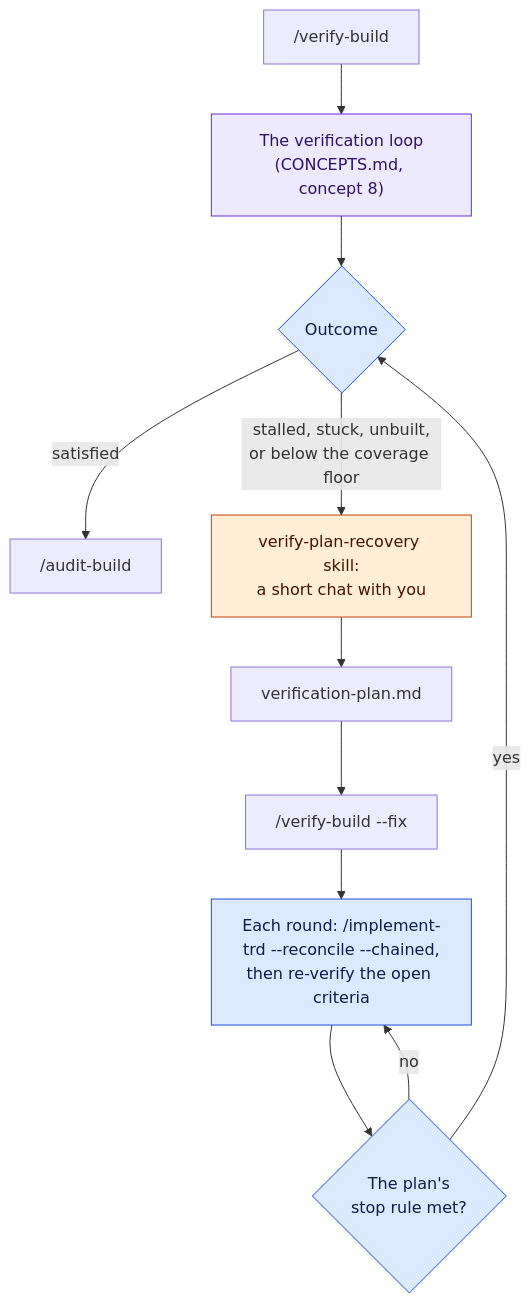
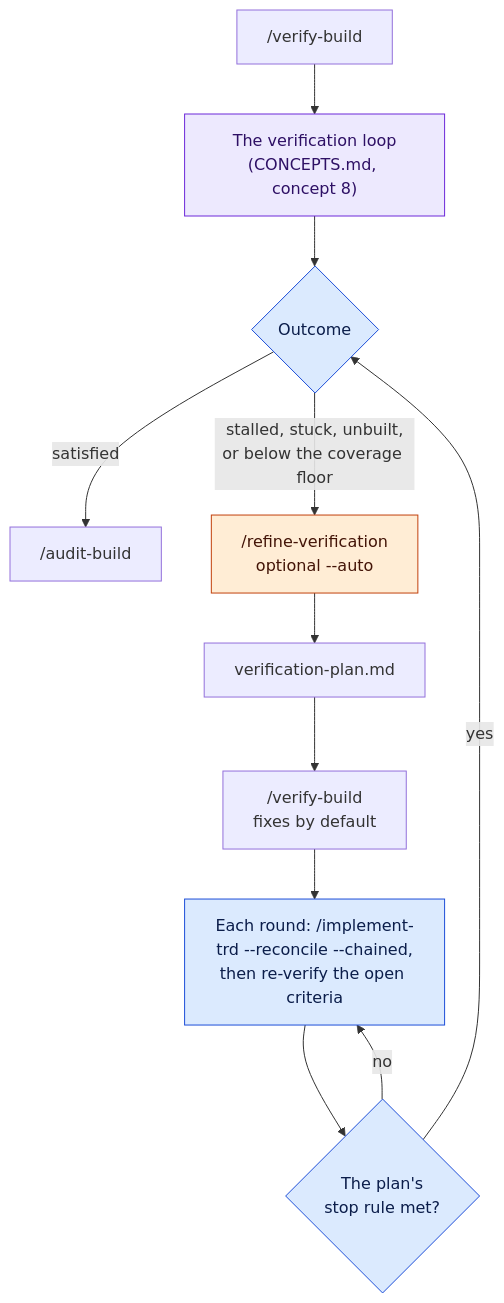
Before and after one commit to FortiumPartners/ensemble-vnext: the ninth of 12 diagrams in docs/guides/PROCESS.md, drawn with Mermaid. The commit also changed other lines of this file and 44 other files, not shown here.

First line of the commit message:
chore(phase 1): checkpoint — /refine-verification replaces verify-plan-recovery; /verify-build fixes by default (battery green; verify-app: one over-strict criterion, amended)

````diff
--- a/docs/guides/PROCESS.md
+++ b/docs/guides/PROCESS.md
@@ -270,12 +272,12 @@
 ```mermaid
 flowchart TD
     vb["/verify-build"] --> loop["The verification loop<br/>(CONCEPTS.md, concept 8)"]:::model --> o{"Outcome"}:::code
     o -->|"satisfied"| ab["/audit-build"]
-    o -->|"stalled, stuck, unbuilt,<br/>or below the coverage floor"| rec["verify-plan-recovery skill:<br/>a short chat with you"]:::you --> plan["verification-plan.md"] --> fix["/verify-build --fix"]
+    o -->|"stalled, stuck, unbuilt,<br/>or below the coverage floor"| rec["/refine-verification<br/>optional --auto"]:::you --> plan["verification-plan.md"] --> fix["/verify-build<br/>fixes by default"]
     fix --> round["Each round: /implement-trd --reconcile --chained,<br/>then re-verify the open criteria"]:::code --> sr{"The plan's<br/>stop rule met?"}:::code
     sr -->|"no"| round
     sr -->|"yes"| o
     classDef code fill:#dbeafe,stroke:#1d4ed8,color:#0b1d4a
     classDef model fill:#ede9fe,stroke:#6d28d9,color:#2e1065
     classDef you fill:#ffedd5,stroke:#c2410c,color:#431407
 ```
````
